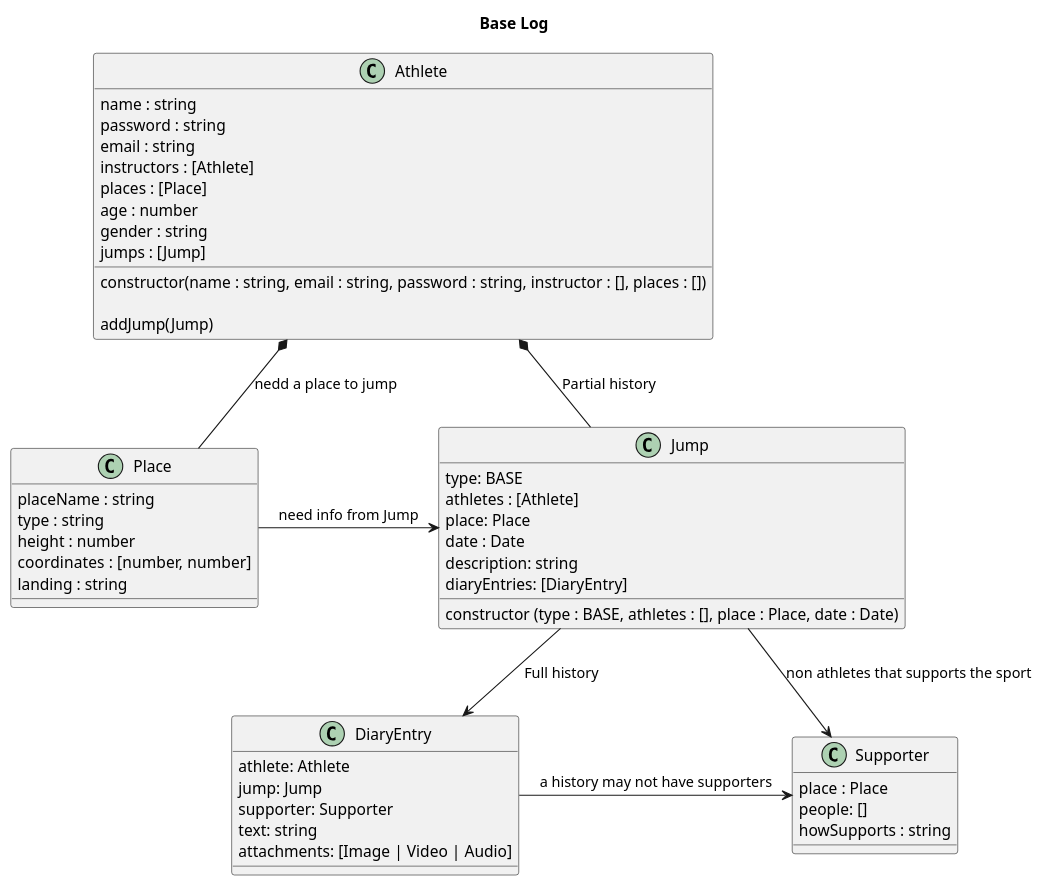
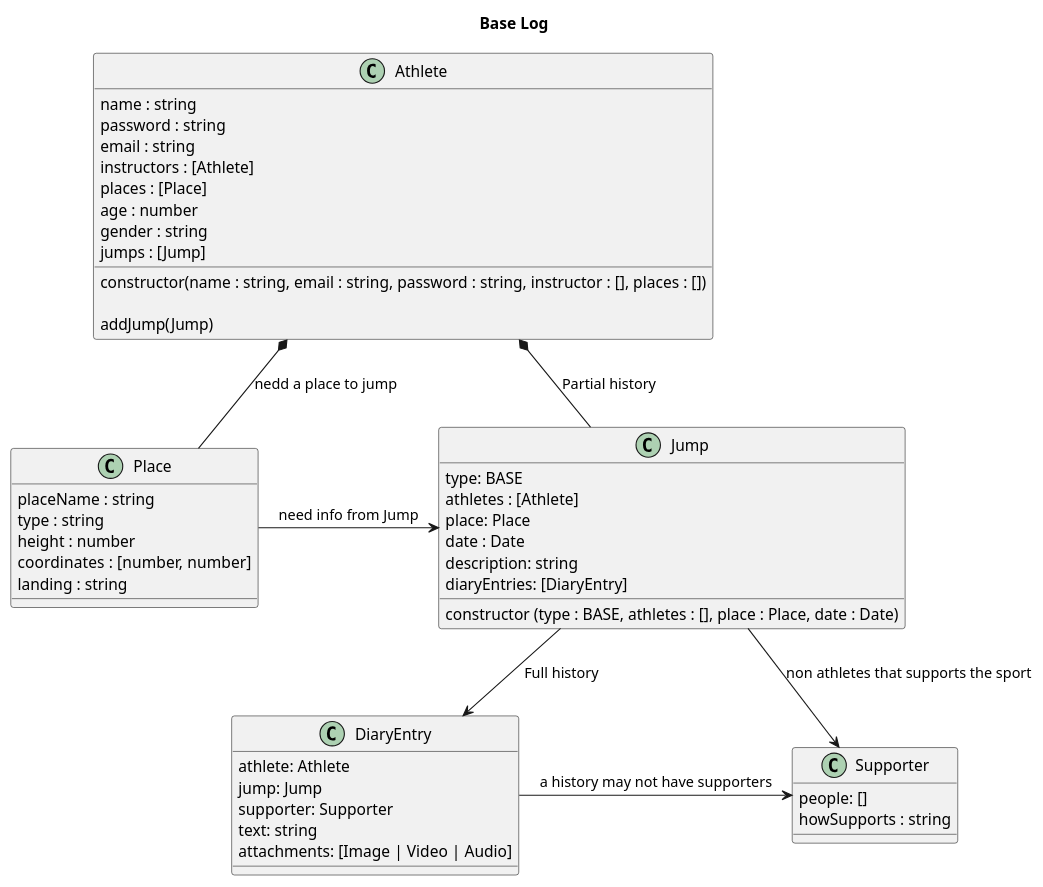
The diagram in architecture/class.puml (discombobulateme/webdoc), drawn with PlantUML before and after one commit.

Commit message:
Delete place and change to jump info in Supporter

```diff
--- a/architecture/class.puml
+++ b/architecture/class.puml
@@ -1,67 +1,66 @@
 @startuml Base Log
 Title Base Log
 
 class Athlete {
 name : string
 password : string
 email : string
 instructors : [Athlete]
 places : [Place]
 age : number
 gender : string
 jumps : [Jump]
 
 constructor(name : string, email : string, password : string, instructor : [], places : [])
 
 addJump(Jump)
 ' Verify: if that place exists
 ' Verify: if you are linked in date and place with a Jump
 }
 class Jump {
 type: BASE
 athletes : [Athlete]
 place: Place
 date : Date
 ' this is a sinopse
 description: string
 diaryEntries: [DiaryEntry]
 
 constructor (type : BASE, athletes : [], place : Place, date : Date)
 }
 class DiaryEntry {
   athlete: Athlete
   jump: Jump
   supporter: Supporter
   ' this is the full history text
   text: string
   attachments: [Image | Video | Audio]
 }
 
 class Place {
 placeName : string
 type : string
 height : number
 coordinates : [number, number]
 landing : string
 }
 
 'non Athletes that supports the sport
 class Supporter {
-place : Place
 people: []
 howSupports : string
 }
 
 ' Head *- Hand : composition
 ' Parent o-- IndependentChild : agregation
 ' Need --> Use : association
 
 Athlete *-- Place : nedd a place to jump
 Athlete *-- Jump : Partial history
 
 Place -> Jump : need info from Jump
 Jump --> DiaryEntry : Full history
 Jump -> Supporter : non athletes that supports the sport
 DiaryEntry -> Supporter : a history may not have supporters
 
 @enduml
```
